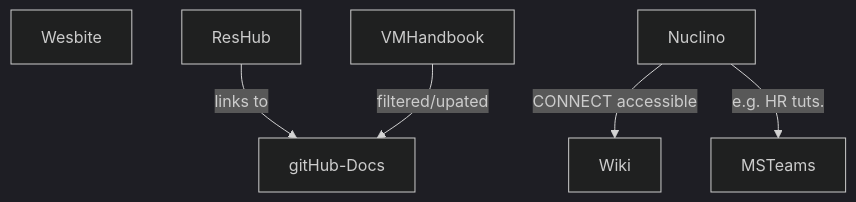
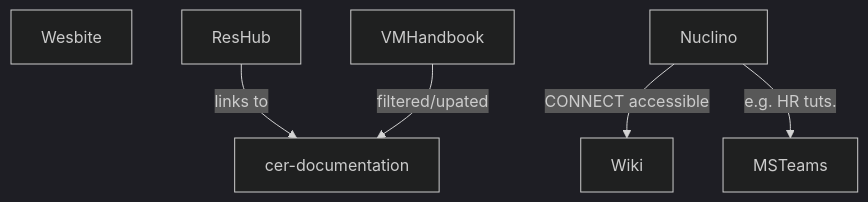
One commit to UoA-eResearch/cer-documentation changed the diagram in docs/index.md. Above: the diagram before and after it, drawn with Mermaid (dark theme). The commit also changed other lines of this file and 124 other files, not shown here.

````diff
--- a/docs/index.md
+++ b/docs/index.md
@@ -61,8 +60,8 @@
 ```mermaid
 flowchart TD
     A[Wesbite]
-    B[ResHub] -->|links to| F[gitHub-Docs]
+    B[ResHub] -->|links to| F[cer-documentation]
     C[Nuclino] -->|CONNECT accessible | X[Wiki]
     C -->|e.g. HR tuts.| D[MSTeams]
     E[VMHandbook] -->|filtered/upated| F  
 ```
````
